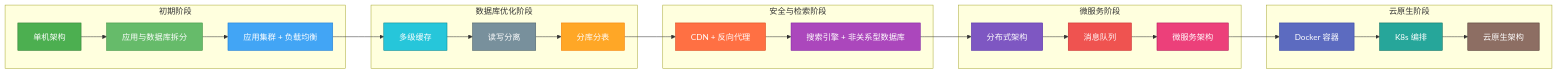
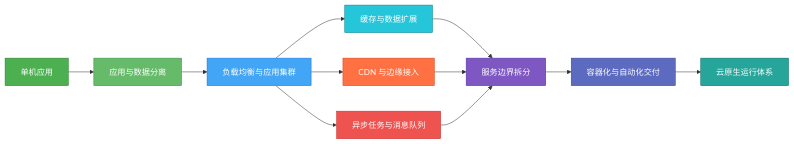
The first of 5 diagrams in _posts/2026-05-17-internet-architecture-evolution.md (weng235/weng235.github.io), drawn with Mermaid before and after one commit. The commit also changed other lines of this file and 4 other files, not shown here.

````diff
--- a/_posts/2026-05-17-internet-architecture-evolution.md
+++ b/_posts/2026-05-17-internet-architecture-evolution.md
@@ -12,43 +17,23 @@
 ```mermaid
-%%{init: {'theme': 'dark', 'themeVariables': { 'fontSize': '14px', 'nodeBorder': '#666', 'lineColor': '#888', 'clusterBkg': 'transparent' }}%%
-graph LR
-    subgraph 初期阶段
-        A["单机架构"] --> B["应用与数据库拆分"] --> C["应用集群 + 负载均衡"]
-    end
-
-    subgraph 数据库优化阶段
-        D["多级缓存"] --> E["读写分离"] --> F["分库分表"]
-    end
-
-    subgraph 安全与检索阶段
-        G["CDN + 反向代理"] --> H["搜索引擎 + 非关系型数据库"]
-    end
-
-    subgraph 微服务阶段
-        I["分布式架构"] --> J["消息队列"] --> K["微服务架构"]
-    end
-
-    subgraph 云原生阶段
-        L["Docker 容器"] --> M["K8s 编排"] --> N["云原生架构"]
-    end
-
-    C --> D
+flowchart LR
+    A["单机应用"] --> B["应用与数据分离"]
+    B --> C["负载均衡与应用集群"]
+    C --> D["缓存与数据扩展"]
+    C --> E["CDN 与边缘接入"]
+    C --> F["异步任务与消息队列"]
+    D --> G["服务边界拆分"]
+    E --> G
     F --> G
-    H --> I
-    K --> L
+    G --> H["容器化与自动化交付"]
+    H --> I["云原生运行体系"]
 
     style A fill:#4CAF50,stroke:#2E7D32,color:#fff
     style B fill:#66BB6A,stroke:#388E3C,color:#fff
     style C fill:#42A5F5,stroke:#1976D2,color:#fff
     style D fill:#26C6DA,stroke:#00838F,color:#fff
-    style E fill:#78909C,stroke:#455A64,color:#fff
-    style F fill:#FFA726,stroke:#F57C00,color:#fff
-    style G fill:#FF7043,stroke:#D84315,color:#fff
-    style H fill:#AB47BC,stroke:#7B1FA2,color:#fff
-    style I fill:#7E57C2,stroke:#512DA8,color:#fff
-    style J fill:#EF5350,stroke:#C62828,color:#fff
-    style K fill:#EC407A,stroke:#AD1457,color:#fff
-    style L fill:#5C6BC0,stroke:#303F9F,color:#fff
-    style M fill:#26A69A,stroke:#00695C,color:#fff
-    style N fill:#8D6E63,stroke:#4E342E,color:#fff
+    style E fill:#FF7043,stroke:#D84315,color:#fff
+    style F fill:#EF5350,stroke:#C62828,color:#fff
+    style G fill:#7E57C2,stroke:#512DA8,color:#fff
+    style H fill:#5C6BC0,stroke:#303F9F,color:#fff
+    style I fill:#26A69A,stroke:#00695C,color:#fff
 ```
````
